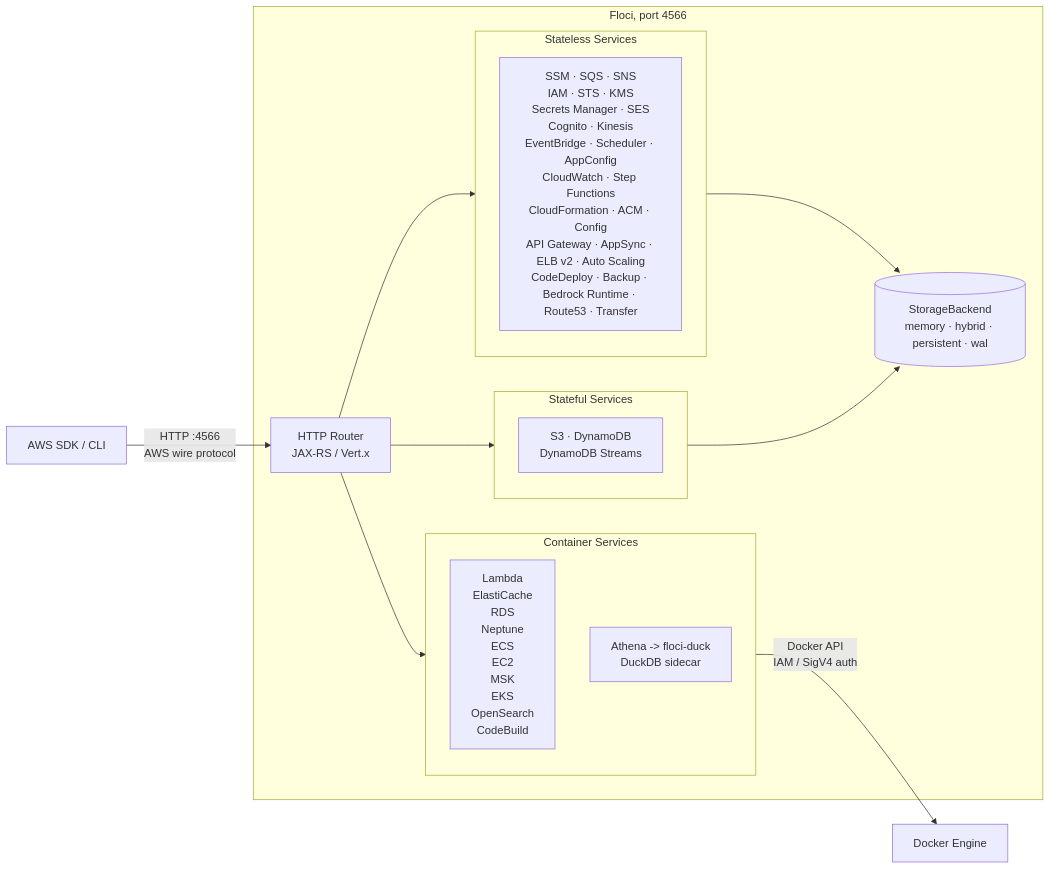
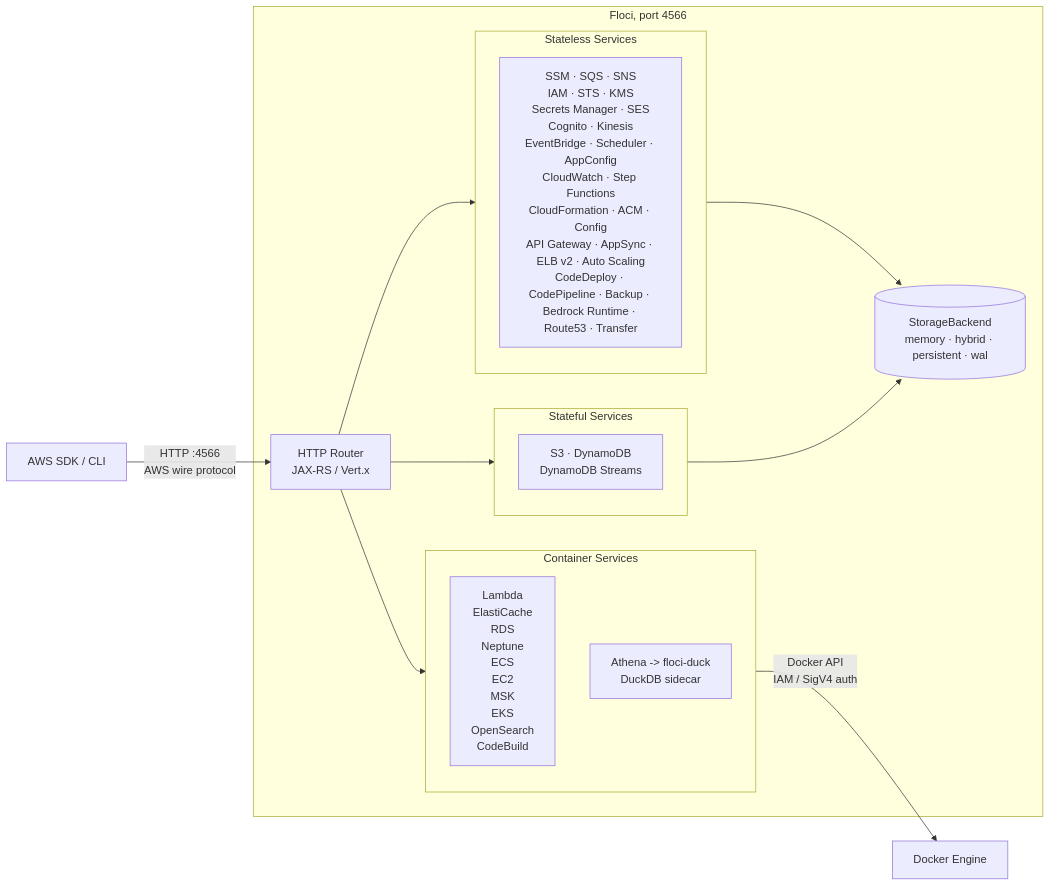
The diagram in README.md (ryan00x/aws-terraform-ci-validation), drawn with Mermaid before and after one commit. The commit also changed other lines of this file and 18 other files, not shown here.

First line of the commit message:
feat(codepipeline): add AWS CodePipeline emulation (#1469)

````diff
--- a/README.md
+++ b/README.md
@@ -185,30 +185,30 @@
 ```mermaid
 flowchart LR
     Client["AWS SDK / CLI"]
 
     subgraph Floci ["Floci, port 4566"]
         Router["HTTP Router\nJAX-RS / Vert.x"]
 
         subgraph Stateless ["Stateless Services"]
-            A["SSM · SQS · SNS\nIAM · STS · KMS\nSecrets Manager · SES\nCognito · Kinesis\nEventBridge · Scheduler · AppConfig\nCloudWatch · Step Functions\nCloudFormation · ACM · Config\nAPI Gateway · AppSync · ELB v2 · Auto Scaling\nCodeDeploy · Backup · Bedrock Runtime · Route53 · Transfer"]
+            A["SSM · SQS · SNS\nIAM · STS · KMS\nSecrets Manager · SES\nCognito · Kinesis\nEventBridge · Scheduler · AppConfig\nCloudWatch · Step Functions\nCloudFormation · ACM · Config\nAPI Gateway · AppSync · ELB v2 · Auto Scaling\nCodeDeploy · CodePipeline · Backup · Bedrock Runtime · Route53 · Transfer"]
         end
 
         subgraph Stateful ["Stateful Services"]
             B["S3 · DynamoDB\nDynamoDB Streams"]
         end
 
         subgraph Containers ["Container Services"]
             C["Lambda\nElastiCache\nRDS\nNeptune\nECS\nEC2\nMSK\nEKS\nOpenSearch\nCodeBuild"]
             D["Athena -> floci-duck\nDuckDB sidecar"]
         end
 
         Router --> Stateless
         Router --> Stateful
         Router --> Containers
         Stateless & Stateful --> Store[("StorageBackend\nmemory · hybrid · persistent · wal")]
     end
 
     Docker["Docker Engine"]
     Client -->|"HTTP :4566\nAWS wire protocol"| Router
     Containers -->|"Docker API\nIAM / SigV4 auth"| Docker
 ```
````
